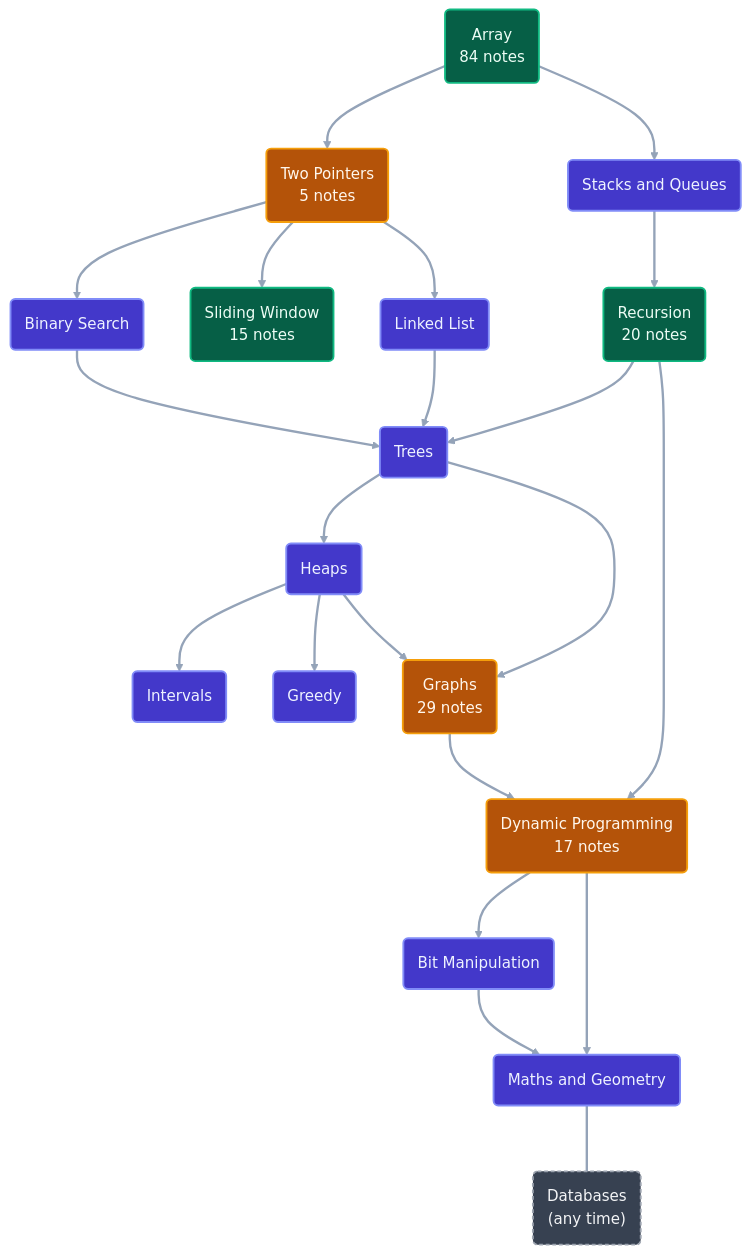
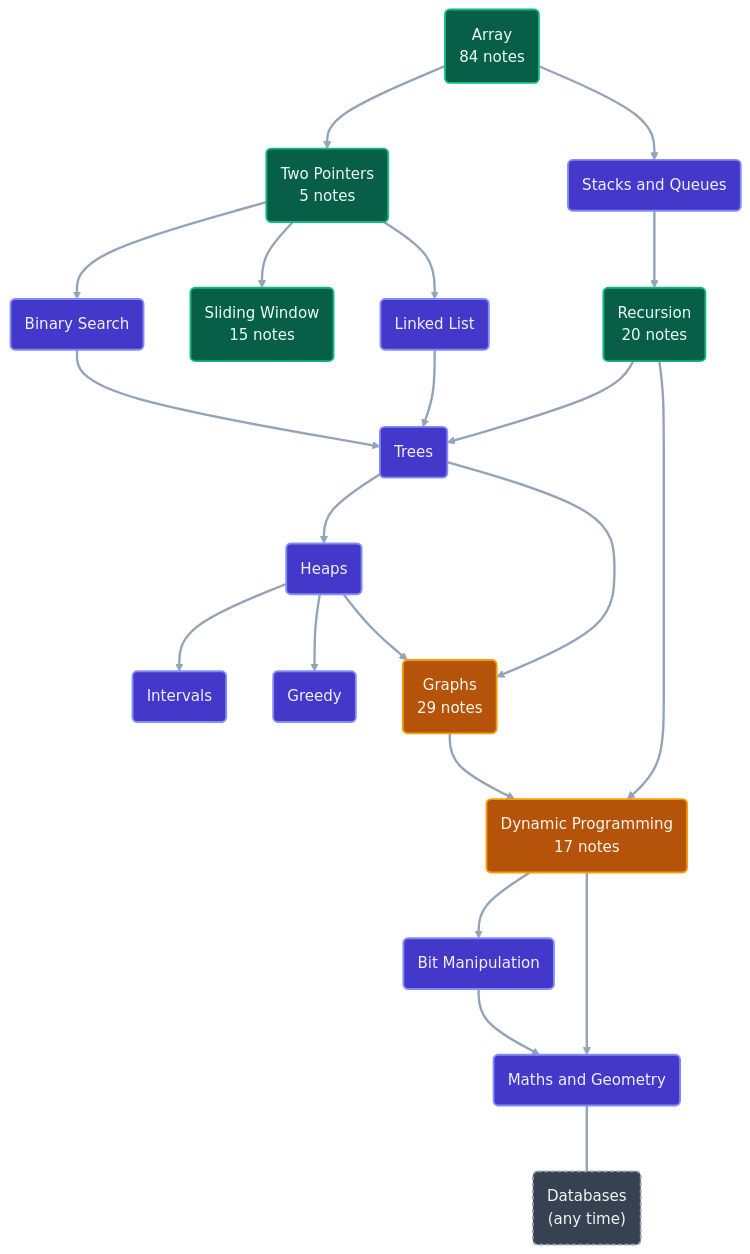
One commit to ajay-nikumbh/dsa-notes changed the second of 2 diagrams in README.md. Above: the diagram before and after it, drawn with Mermaid. The commit also changed other lines of this file and 2 other files, not shown here.

First line of the commit message:
Two Pointers: drop the 263-problem list, clean all code to the rules

````diff
--- a/README.md
+++ b/README.md
@@ -76,52 +76,52 @@
 ```mermaid
 ---
 config:
   layout: dagre
   flowchart:
     curve: basis
     nodeSpacing: 50
     rankSpacing: 70
 ---
 flowchart TD
     ARR("Array<br/>84 notes"):::done
-    TP("Two Pointers<br/>5 notes"):::inprog
+    TP("Two Pointers<br/>5 notes"):::done
     SQ("Stacks and Queues"):::todo
     BS("Binary Search"):::todo
     SW("Sliding Window<br/>15 notes"):::done
     LL("Linked List"):::todo
     REC("Recursion<br/>20 notes"):::done
     TR("Trees"):::todo
     HP("Heaps"):::todo
     GR("Graphs<br/>29 notes"):::inprog
     DP("Dynamic Programming<br/>17 notes"):::inprog
     IV("Intervals"):::todo
     GD("Greedy"):::todo
     BM("Bit Manipulation"):::todo
     MG("Maths and Geometry"):::todo
     DB("Databases<br/>(any time)"):::side
     ARR --> TP
     ARR --> SQ
     TP --> BS
     TP --> SW
     TP --> LL
     SQ --> REC
     BS --> TR
     LL --> TR
     REC --> TR
     TR --> HP
     TR --> GR
     REC --> DP
     HP --> IV
     HP --> GD
     HP --> GR
     GR --> DP
     DP --> BM
     DP --> MG
     BM --> MG
     MG ~~~ DB
     classDef done fill:#065f46,stroke:#10b981,stroke-width:2px,color:#ecfdf5
     classDef inprog fill:#b45309,stroke:#f59e0b,stroke-width:2px,color:#fff7ed
     classDef todo fill:#4338ca,stroke:#818cf8,stroke-width:2px,color:#eef2ff
     classDef side fill:#374151,stroke:#9ca3af,stroke-width:2px,stroke-dasharray:4 3,color:#f3f4f6
     linkStyle default stroke:#94a3b8,stroke-width:2.5px
 ```
````
